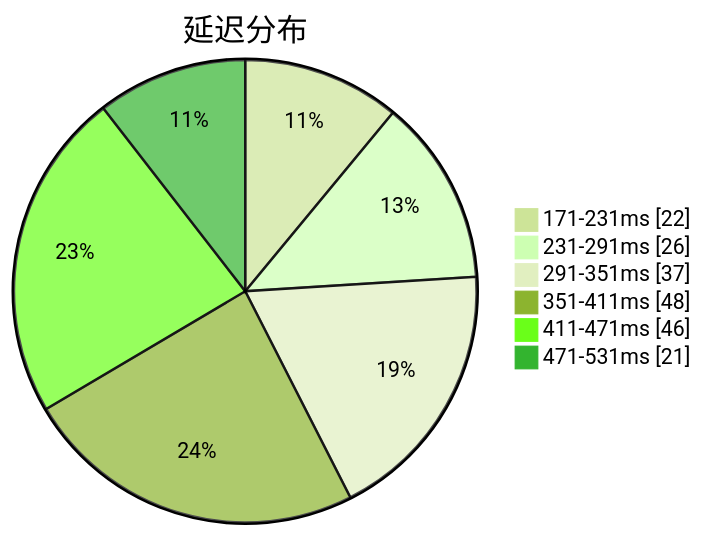
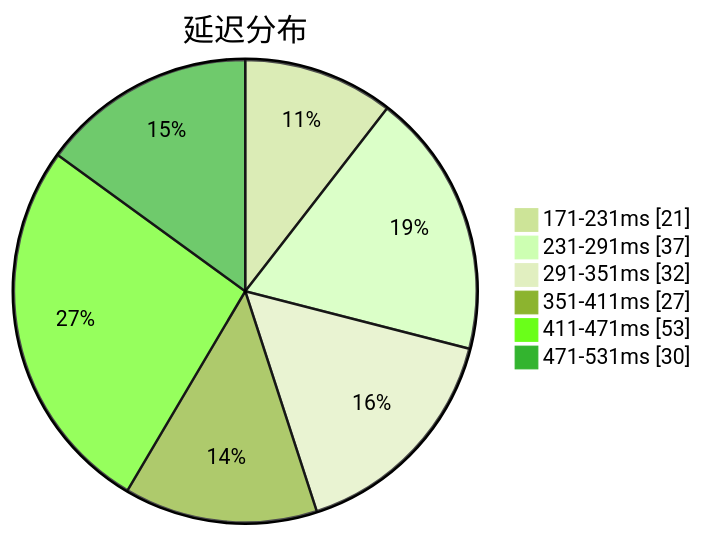
Before and after one commit to qjlxg/airport: the first of 3 diagrams in subs/statistics/tested_within.md, drawn with Mermaid (forest theme). The commit also changed other lines of this file and 2 other files, not shown here.

````diff
--- a/subs/statistics/tested_within.md
+++ b/subs/statistics/tested_within.md
@@ -2,10 +2,10 @@
 ```mermaid
 pie showData
 title 延迟分布
-"171-231ms" : 22
-"231-291ms" : 26
-"291-351ms" : 37
-"351-411ms" : 48
-"411-471ms" : 46
-"471-531ms" : 21
+"171-231ms" : 21
+"231-291ms" : 37
+"291-351ms" : 32
+"351-411ms" : 27
+"411-471ms" : 53
+"471-531ms" : 30
 ```
````
